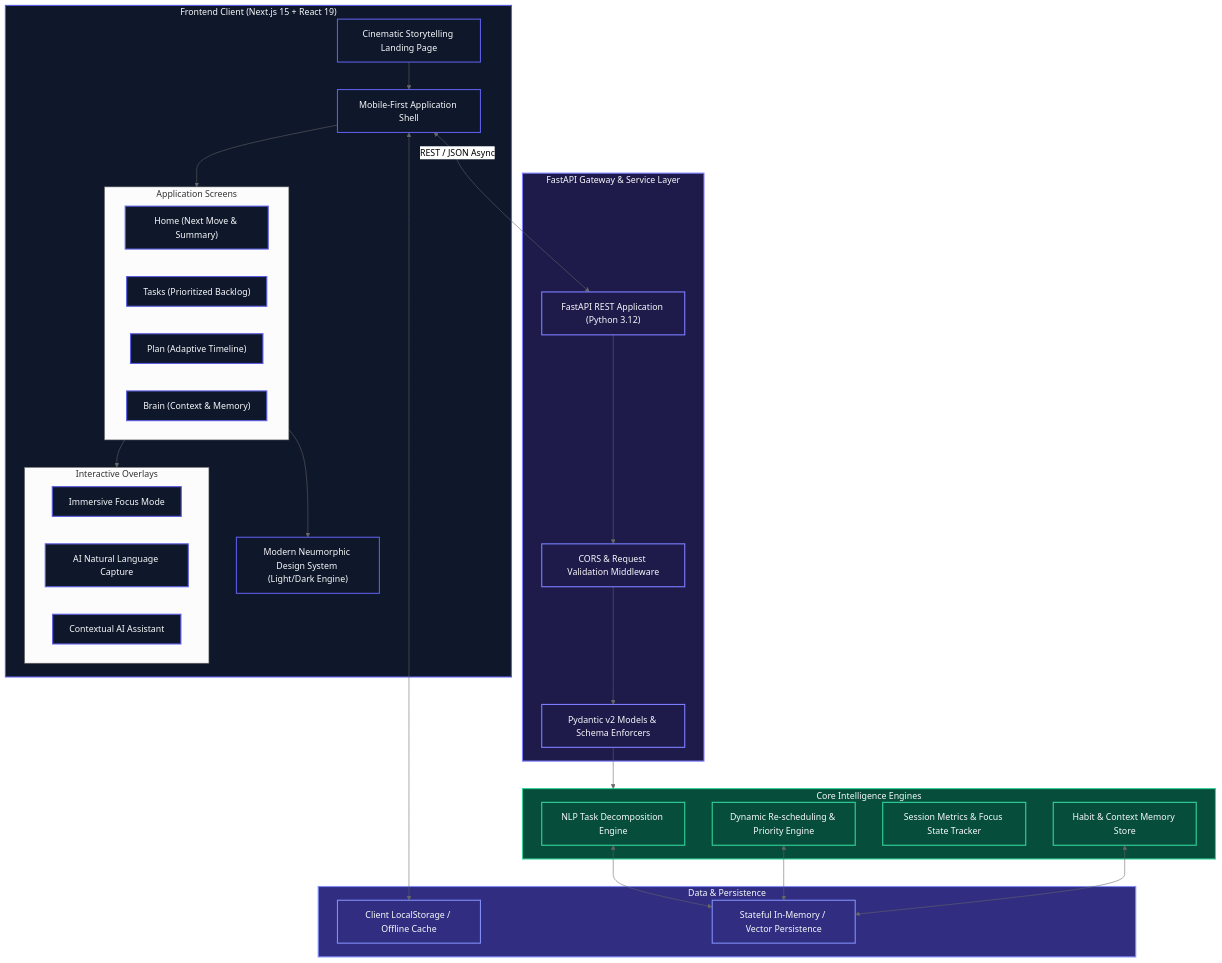
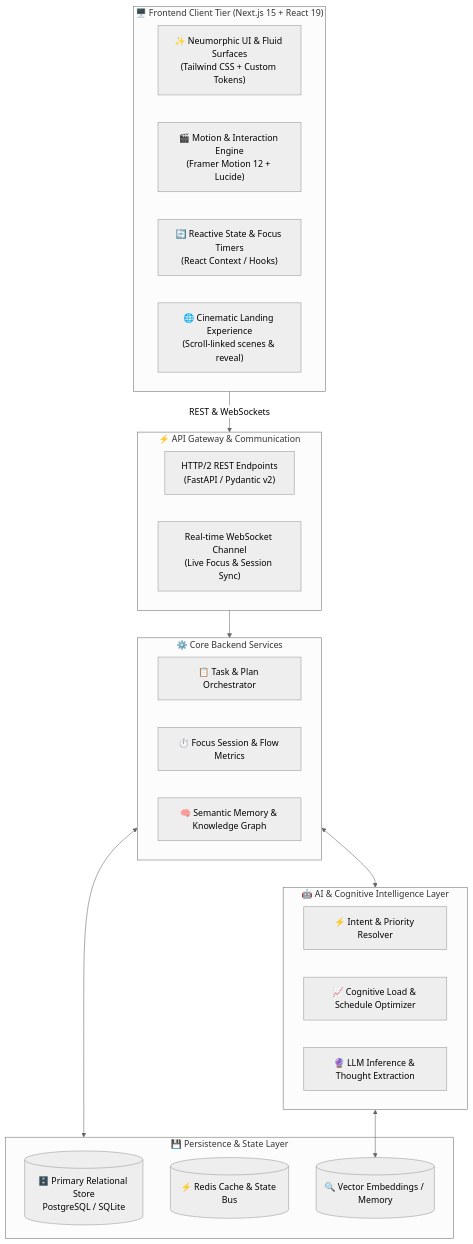
The diagram in README.md (srinivas2s/flow), drawn with Mermaid (neutral theme) before and after one commit. The commit also changed other lines of this file and 10 other files, not shown here.

Commit message:
feat(landing): build cinematic storytelling experience with scroll scenes 01-08 and final CTA

````diff
--- a/README.md
+++ b/README.md
@@ -93,66 +92,38 @@
 ```mermaid
-graph TB
-    subgraph Client["Frontend Client (Next.js 15 + React 19)"]
-        Landing["Cinematic Storytelling Landing Page"]
-        AppShell["Mobile-First Application Shell"]
-        
-        subgraph AppScreens["Application Screens"]
-            HomeScreen["Home (Next Move & Summary)"]
-            TaskScreen["Tasks (Prioritized Backlog)"]
-            PlanScreen["Plan (Adaptive Timeline)"]
-            BrainScreen["Brain (Context & Memory)"]
-        end
-        
-        subgraph ModalsOverlays["Interactive Overlays"]
-            FocusOverlay["Immersive Focus Mode"]
-            CaptureModal["AI Natural Language Capture"]
-            AssistantDrawer["Contextual AI Assistant"]
-        end
-        
-        DesignSys["Modern Neumorphic Design System (Light/Dark Engine)"]
+flowchart TB
+    subgraph Client["🖥️ Frontend Client Tier (Next.js 15 + React 19)"]
+        UI["✨ Neumorphic UI & Fluid Surfaces<br/>(Tailwind CSS + Custom Tokens)"]
+        Motion["🎬 Motion & Interaction Engine<br/>(Framer Motion 12 + Lucide)"]
+        State["🔄 Reactive State & Focus Timers<br/>(React Context / Hooks)"]
+        Landing["🌐 Cinematic Landing Experience<br/>(Scroll-linked scenes & reveal)"]
     end
 
-    subgraph BackendGateway["FastAPI Gateway & Service Layer"]
-        FastAPIApp["FastAPI REST Application (Python 3.12)"]
-        CORS["CORS & Request Validation Middleware"]
-        PydanticSchemas["Pydantic v2 Models & Schema Enforcers"]
+    subgraph Gateway["⚡ API Gateway & Communication"]
+        REST["HTTP/2 REST Endpoints<br/>(FastAPI / Pydantic v2)"]
+        WS["Real-time WebSocket Channel<br/>(Live Focus & Session Sync)"]
     end
 
-    subgraph CoreEngines["Core Intelligence Engines"]
-        DecompEngine["NLP Task Decomposition Engine"]
-        AdaptiveEngine["Dynamic Re-scheduling & Priority Engine"]
-        FocusEngine["Session Metrics & Focus State Tracker"]
-        MemoryEngine["Habit & Context Memory Store"]
+    subgraph Backend["⚙️ Core Backend Services"]
+        TaskSvc["📋 Task & Plan Orchestrator"]
+        FocusSvc["⏱️ Focus Session & Flow Metrics"]
+        MemorySvc["🧠 Semantic Memory & Knowledge Graph"]
     end
 
-    subgraph DataStorage["Data & Persistence"]
-        LocalCache["Client LocalStorage / Offline Cache"]
-        BackendStore["Stateful In-Memory / Vector Persistence"]
+    subgraph AI["🤖 AI & Cognitive Intelligence Layer"]
+        Classifier["⚡ Intent & Priority Resolver"]
+        Optimizer["📈 Cognitive Load & Schedule Optimizer"]
+        LLM["🔮 LLM Inference & Thought Extraction"]
     end
 
-    %% Connections
-    Landing --> AppShell
-    AppShell --> AppScreens
-    AppScreens --> ModalsOverlays
-    AppScreens --> DesignSys
-    
-    AppShell <-->|REST / JSON Async| FastAPIApp
-    FastAPIApp --> CORS
-    CORS --> PydanticSchemas
-    PydanticSchemas --> CoreEngines
-    
-    DecompEngine <--> BackendStore
-    AdaptiveEngine <--> BackendStore
-    MemoryEngine <--> BackendStore
-    AppShell <--> LocalCache
+    subgraph Data["💾 Persistence & State Layer"]
+        DB[("🗄️ Primary Relational Store<br/>PostgreSQL / SQLite")]
+        Cache[("⚡ Redis Cache & State Bus")]
+        Vector[("🔍 Vector Embeddings / Memory")]
+    end
 
-    classDef clientStyle fill:#0F172A,stroke:#5B5CE2,stroke-width:2px,color:#F8FAFC;
-    classDef serverStyle fill:#1E1B4B,stroke:#7C7DFF,stroke-width:2px,color:#F8FAFC;
-    classDef engineStyle fill:#064E3B,stroke:#34D399,stroke-width:2px,color:#F8FAFC;
-    classDef storeStyle fill:#312E81,stroke:#818CF8,stroke-width:2px,color:#F8FAFC;
-
-    class Client,Landing,AppShell,HomeScreen,TaskScreen,PlanScreen,BrainScreen,FocusOverlay,CaptureModal,AssistantDrawer,DesignSys clientStyle;
-    class BackendGateway,FastAPIApp,CORS,PydanticSchemas serverStyle;
-    class CoreEngines,DecompEngine,AdaptiveEngine,FocusEngine,MemoryEngine engineStyle;
-    class DataStorage,LocalCache,BackendStore storeStyle;
+    Client -->|REST & WebSockets| Gateway
+    Gateway --> Backend
+    Backend <--> AI
+    Backend <--> Data
+    AI <--> Vector
 ```
````
